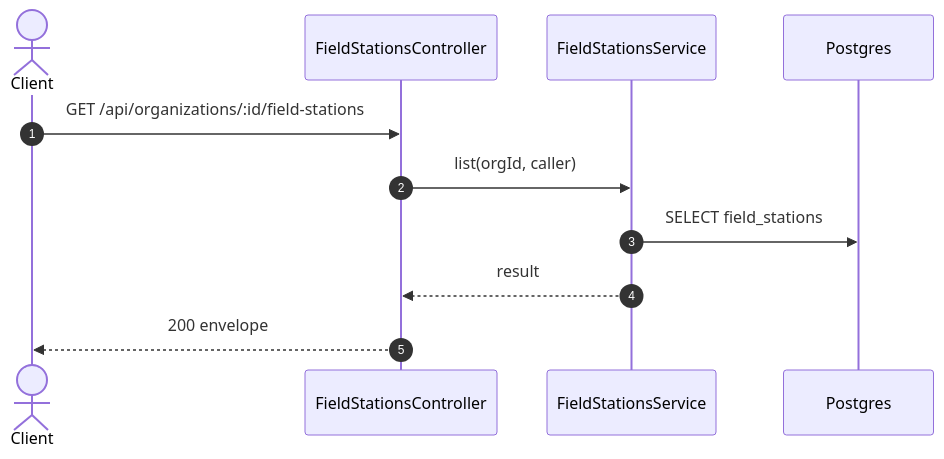
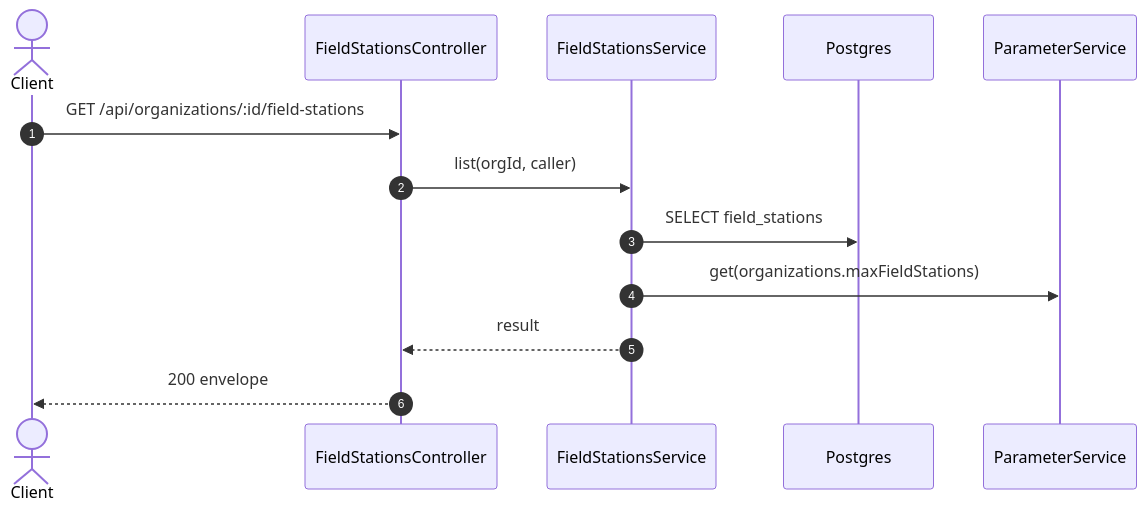
One commit to TrekLink-Team/treklink-web changed the second of 2 diagrams in specs/organizations/api-design/23-get-organizations-id-field-stations.md. Above: the diagram before and after it, drawn with Mermaid. The commit also changed other lines of this file and 12 other files, not shown here.

````diff
--- a/specs/organizations/api-design/23-get-organizations-id-field-stations.md
+++ b/specs/organizations/api-design/23-get-organizations-id-field-stations.md
@@ -141,13 +152,15 @@
 ```mermaid
 sequenceDiagram
     autonumber
     actor C as Client
     participant Ctl as FieldStationsController
     participant Svc as FieldStationsService
     participant DB as Postgres
+    participant Prm as ParameterService
     C->>Ctl: GET /api/organizations/:id/field-stations
     Ctl->>Svc: list(orgId, caller)
     Svc->>DB: SELECT field_stations
+    Svc->>Prm: get(organizations.maxFieldStations)
     Svc-->>Ctl: result
     Ctl-->>C: 200 envelope
 ```
````
